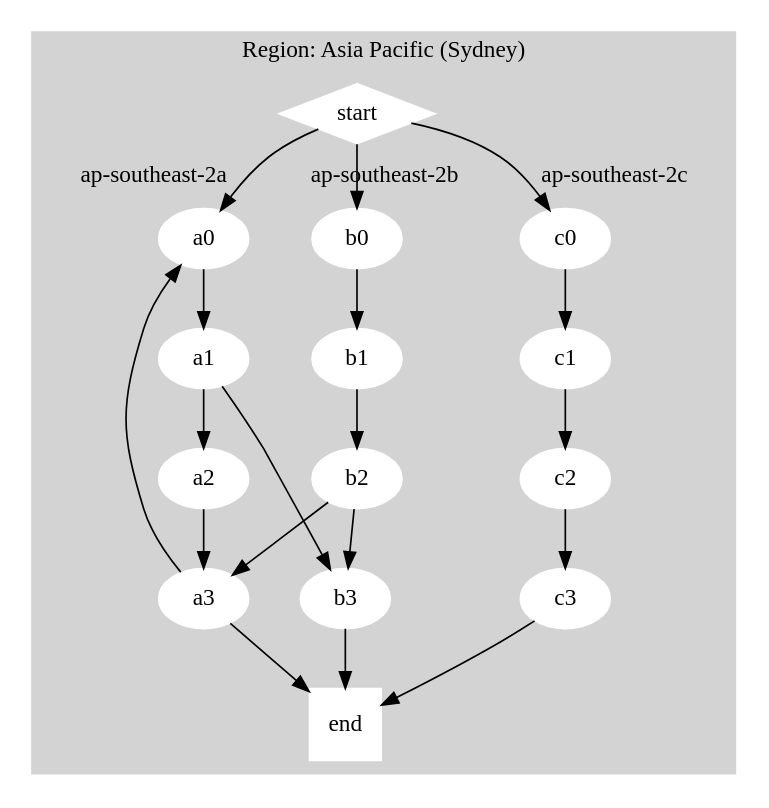
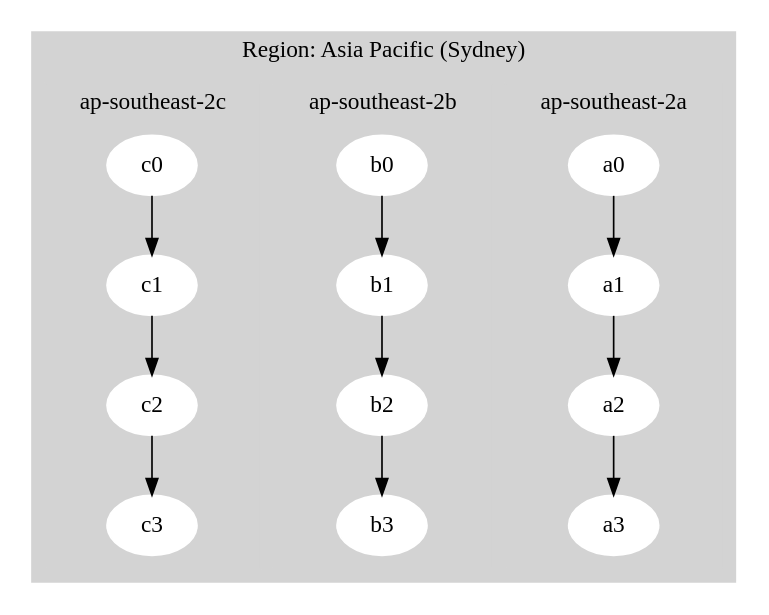
The diagram in aws-test-architecture.dot (shawngerrard/personal-projects-development), drawn with Graphviz before and after one commit.

Commit message:
Cleaned up template for use

```diff
--- a/aws-test-architecture.dot
+++ b/aws-test-architecture.dot
@@ -1,46 +1,33 @@
-digraph G {
+digraph AWSInstances {
   
     subgraph cluster_region {
         style=filled;
         color=lightgrey;
         node [style=filled,color=white];
         label = "Region: Asia Pacific (Sydney)";
 
         subgraph cluster_av_0 {
             style=filled;
             color=lightgrey;
             node [style=filled,color=white];
             a0 -> a1 -> a2 -> a3;
             label = "ap-southeast-2a";
         }
     
         subgraph cluster_av_1 {
             style=filled;
             color=lightgrey;
             node [style=filled,color=white];
             b0 -> b1 -> b2 -> b3;
             label = "ap-southeast-2b";
         }
         
         subgraph cluster_av_2 {
             style=filled;
             color=lightgrey;
             node [style=filled,color=white];
             c0 -> c1 -> c2 -> c3;
             label = "ap-southeast-2c";
         }
-    
-        start -> a0;
-        start -> b0;
-        start -> c0;
-        a1 -> b3;
-        b2 -> a3;
-        a3 -> a0;
-        a3 -> end;
-        b3 -> end;
-        c3 -> end;
-        
-        start [shape=Mdiamond];
-        end [shape=Msquare];
     }
 }
```
